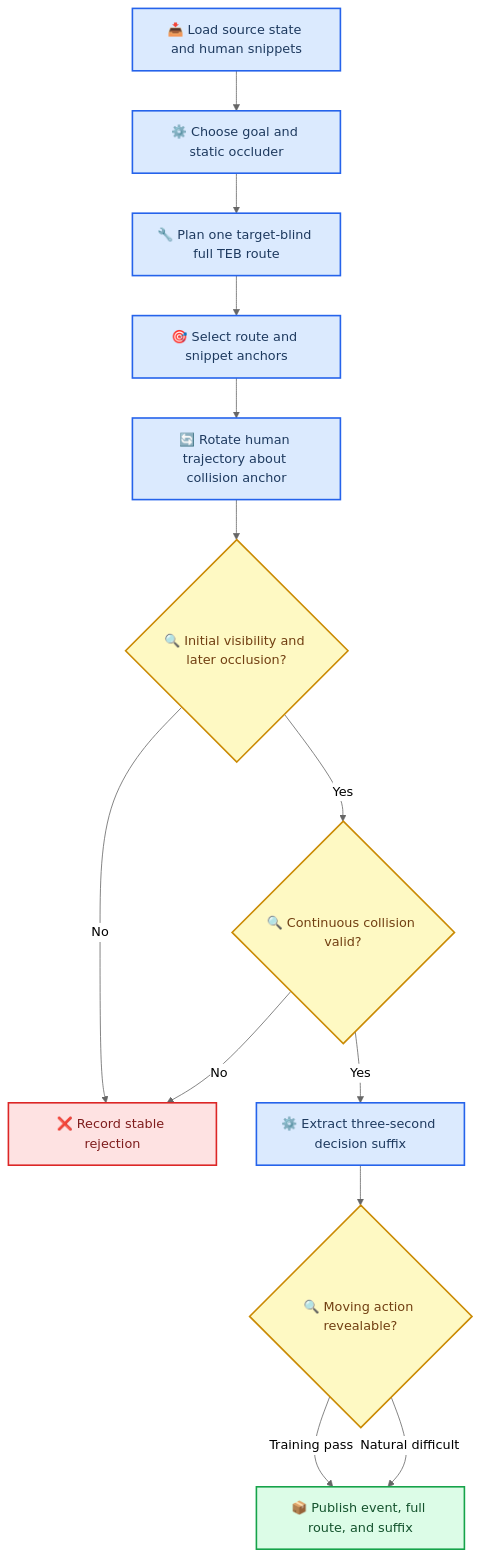
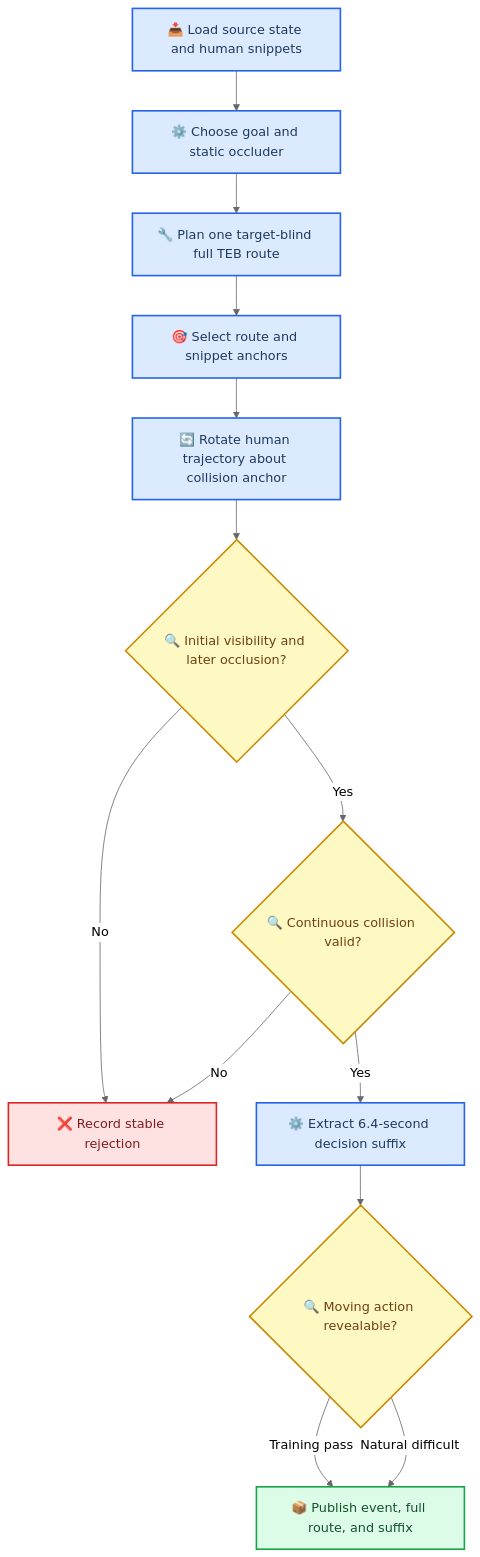
Before and after one commit to MaaaGuaaa/when-to-verify: the first of 2 diagrams in docs/superpowers/plans/2026-07-25-sop05r-lightweight-teb/full-spec.md, drawn with Mermaid (neutral theme). The commit also changed other lines of this file and 63 other files, not shown here.

````diff
--- a/docs/superpowers/plans/2026-07-25-sop05r-lightweight-teb/full-spec.md
+++ b/docs/superpowers/plans/2026-07-25-sop05r-lightweight-teb/full-spec.md
@@ -45,36 +46,36 @@
 ```mermaid
 flowchart TB
     accTitle: SOP05R TEB Generation Flow
     accDescr: Target-blind scene generation from a fixed source state through static planning, anchored human rotation, occlusion validation, collision validation, and publication
 
     source_state[📥 Load source state and human snippets]
     task_geometry[⚙️ Choose goal and static occluder]
     teb_plan[🔧 Plan one target-blind full TEB route]
     collision_anchor[🎯 Select route and snippet anchors]
     rotate_target[🔄 Rotate human trajectory about collision anchor]
     occlusion_gate{🔍 Initial visibility and later occlusion?}
     collision_gate{🔍 Continuous collision valid?}
     reveal_gate{🔍 Moving action revealable?}
-    decision_suffix[⚙️ Extract three-second decision suffix]
+    decision_suffix[⚙️ Extract 6.4-second decision suffix]
     publish[📦 Publish event, full route, and suffix]
     reject[❌ Record stable rejection]
 
     source_state --> task_geometry --> teb_plan --> collision_anchor --> rotate_target
     rotate_target --> occlusion_gate
     occlusion_gate -->|No| reject
     occlusion_gate -->|Yes| collision_gate
     collision_gate -->|No| reject
     collision_gate -->|Yes| decision_suffix --> reveal_gate
     reveal_gate -->|Training pass| publish
     reveal_gate -->|Natural difficult| publish
 
     classDef process fill:#dbeafe,stroke:#2563eb,stroke-width:2px,color:#1e3a5f
     classDef decision fill:#fef9c3,stroke:#ca8a04,stroke-width:2px,color:#713f12
     classDef success fill:#dcfce7,stroke:#16a34a,stroke-width:2px,color:#14532d
     classDef danger fill:#fee2e2,stroke:#dc2626,stroke-width:2px,color:#7f1d1d
 
     class source_state,task_geometry,teb_plan,collision_anchor,rotate_target,decision_suffix process
     class occlusion_gate,collision_gate,reveal_gate decision
     class publish success
     class reject danger
 ```
````
